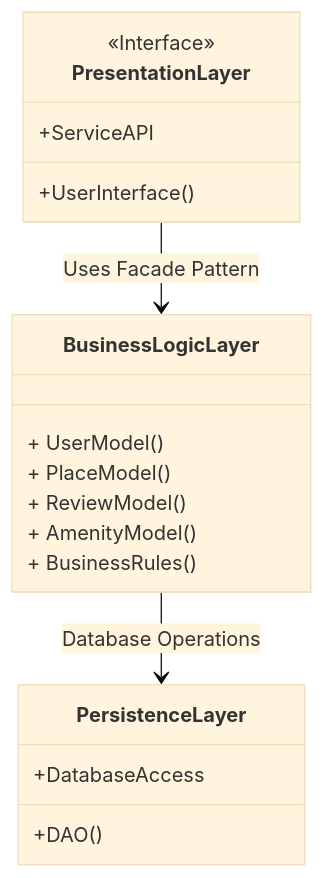
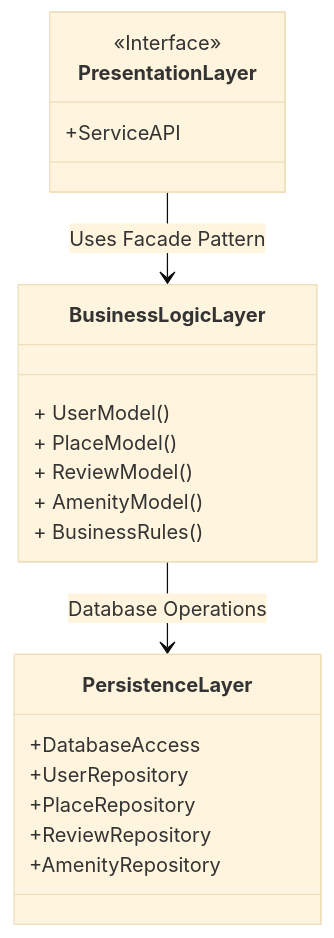
The diagram in Task_00/task_00.mermaid (my-holber/holbertonschool-hbnb), drawn with Mermaid (base theme) before and after one commit.

Commit message:
add the task 01

```diff
--- a/Task_00/task_00.mermaid
+++ b/Task_00/task_00.mermaid
@@ -1,19 +1,21 @@
 classDiagram
 class PresentationLayer {
     <<Interface>>
     +ServiceAPI
-    +UserInterface()
 }
 class BusinessLogicLayer {
     + UserModel()
     + PlaceModel()
     + ReviewModel()
     + AmenityModel()
     + BusinessRules()
 }
 class PersistenceLayer {
     +DatabaseAccess
-    +DAO()
+    +UserRepository
+    +PlaceRepository
+    +ReviewRepository
+    +AmenityRepository
 }
 PresentationLayer --> BusinessLogicLayer : Uses Facade Pattern
 BusinessLogicLayer --> PersistenceLayer : Database Operations
```
